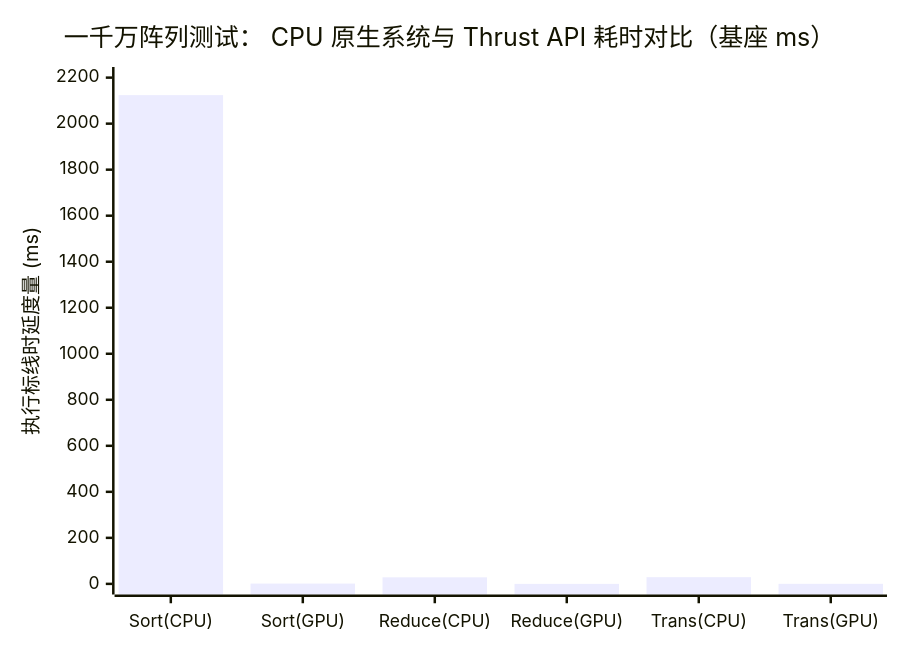
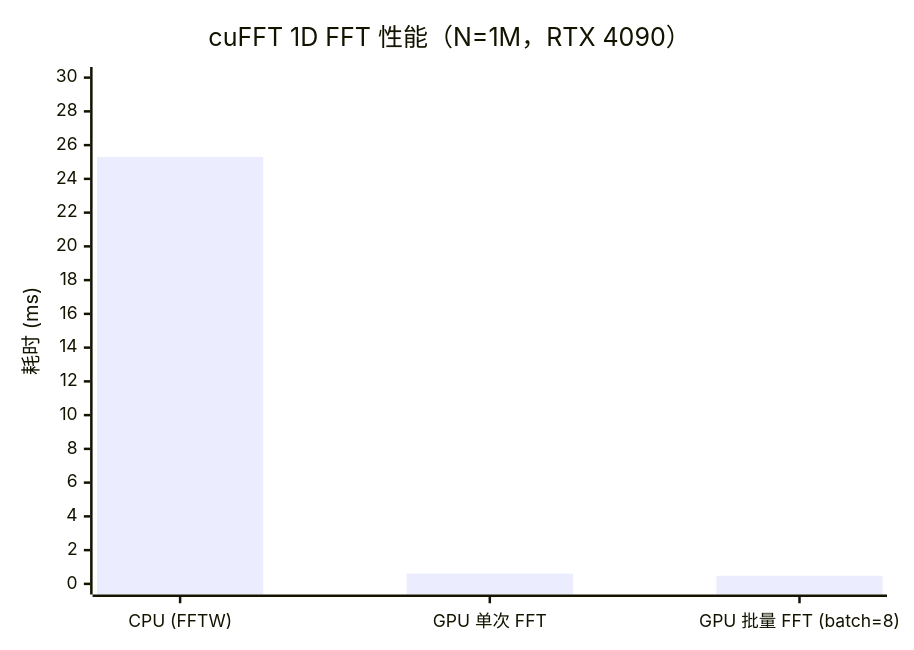
Before and after one commit to psmarter/CUDA-Practice: the diagram in Blogs/12_Standard_Libraries_cuBLAS_cuFFT_Thrust.md, drawn with Mermaid. The commit also changed other lines of this file and 13 other files, not shown here.

````diff
--- a/Blogs/12_Standard_Libraries_cuBLAS_cuFFT_Thrust.md
+++ b/Blogs/12_Standard_Libraries_cuBLAS_cuFFT_Thrust.md
@@ -197,7 +188,7 @@
 ```mermaid
 xychart-beta
-  title "一千万阵列测试： CPU 原生系统与 Thrust API 耗时对比（基座 ms）"
-  x-axis ["Sort(CPU)", "Sort(GPU)", "Reduce(CPU)", "Reduce(GPU)", "Trans(CPU)", "Trans(GPU)"]
-  y-axis "执行标线时延度量 (ms)" 0 --> 2200
-  bar [2124, 1.30, 28.35, 0.08, 29.20, 0.13]
+  title "cuFFT 1D FFT 性能（N=1M，RTX 4090）"
+  x-axis ["CPU (FFTW)", "GPU 单次 FFT", "GPU 批量 FFT (batch=8)"]
+  y-axis "耗时 (ms)" 0 --> 30
+  bar [25.3, 0.61, 0.48]
 ```
````
